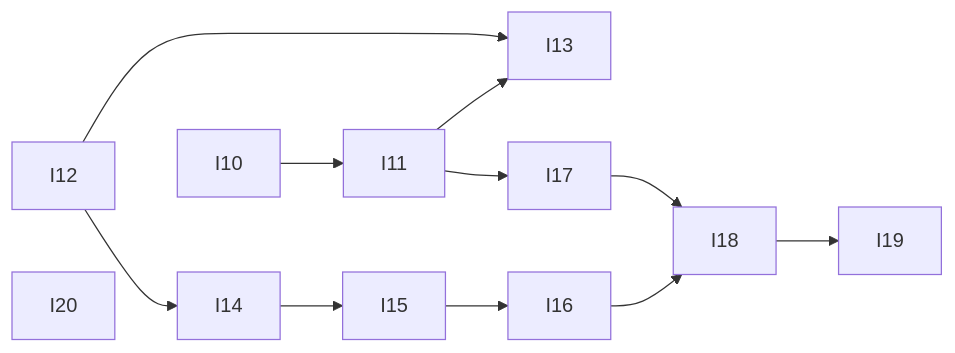
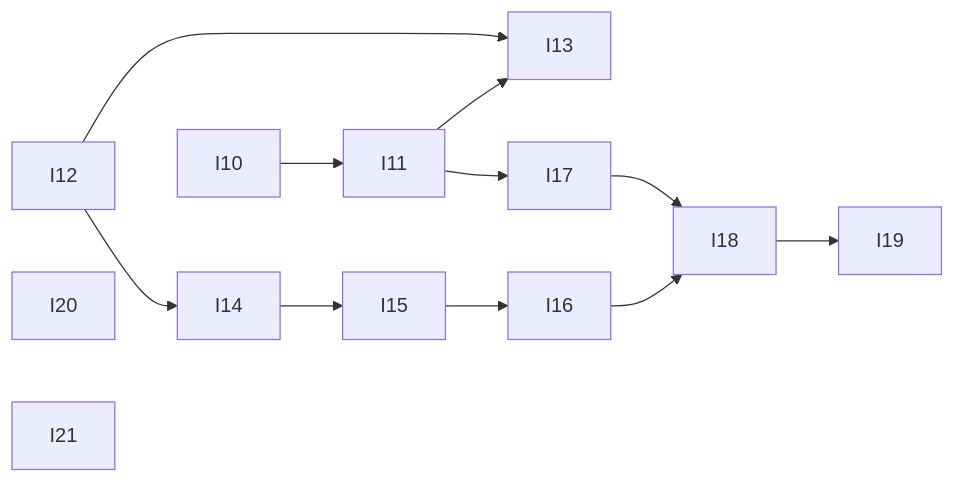
The diagram in docs/execution-plan.md (vespaiach/glance), drawn with Mermaid before and after one commit. The commit also changed other lines of this file, not shown here.

````diff
--- a/docs/execution-plan.md
+++ b/docs/execution-plan.md
@@ -48,14 +49,15 @@
 ```mermaid
 graph LR
   I10 --> I11
   I11 --> I13
   I12 --> I13
   I12 --> I14
   I14 --> I15
   I15 --> I16
   I11 --> I17
   I16 --> I18
   I17 --> I18
   I18 --> I19
   I20
+  I21
 ```
````
